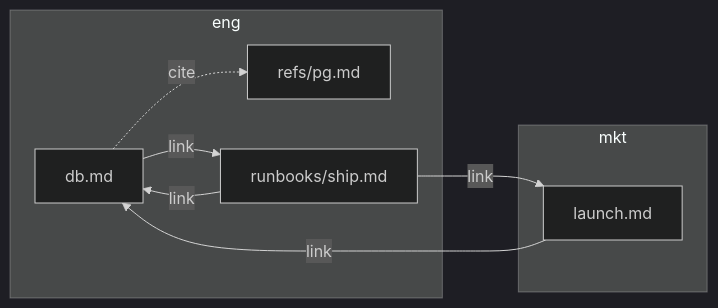
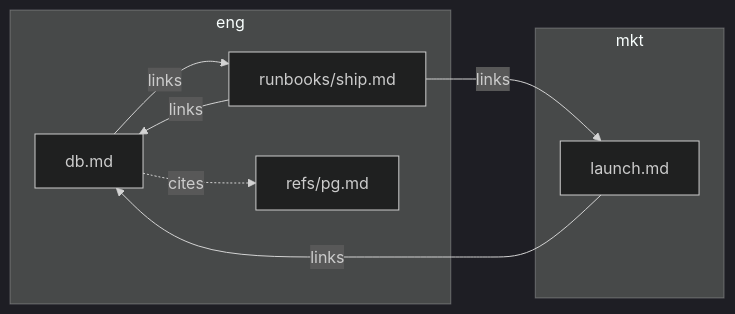
Before and after one commit to dfoulks1/KnowledgeBaseMCP: the diagram in docs-src/index.md, drawn with Mermaid (dark theme). The commit also changed other lines of this file and 1 other file, not shown here.

Commit message:
Docs site: explain a knowledgebase by example (tree, one concept, its graph)

````diff
--- a/docs-src/index.md
+++ b/docs-src/index.md
@@ -54,16 +93,16 @@
 ```mermaid
 graph LR
   subgraph eng
-    n0["db.md"]
-    n1["refs/pg.md"]
-    n2["runbooks/ship.md"]
+    db["db.md"]
+    ship["runbooks/ship.md"]
+    pg["refs/pg.md"]
   end
   subgraph mkt
-    n3["launch.md"]
+    launch["launch.md"]
   end
-  n0 -.->|cite| n1
-  n0 -->|link| n2
-  n2 -->|link| n0
-  n2 -->|link| n3
-  n3 -->|link| n0
+  db -.->|cites| pg
+  db -->|links| ship
+  ship -->|links| db
+  ship -->|links| launch
+  launch -->|links| db
 ```
````
